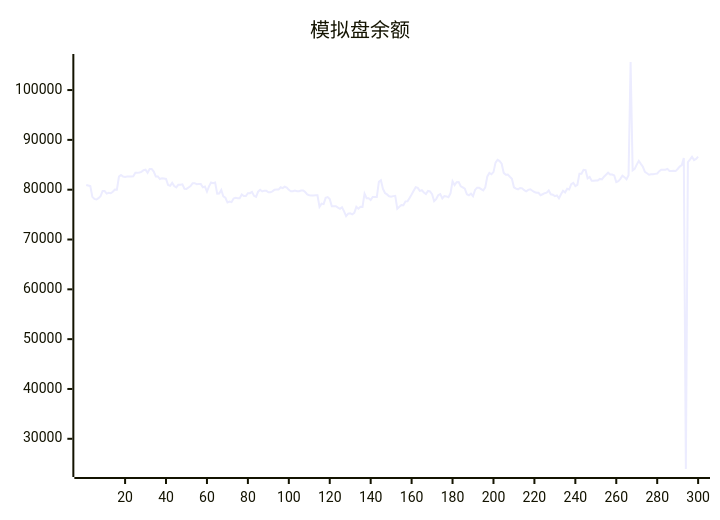
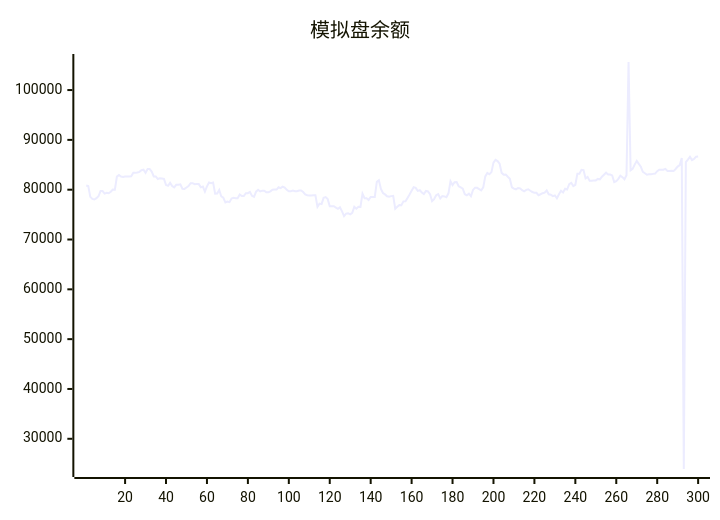
One commit to aahl/ai-trading changed the diagram in README.md. Above: the diagram before and after it, drawn with Mermaid. The commit also changed other lines of this file and 1 other file, not shown here.

````diff
--- a/README.md
+++ b/README.md
@@ -5,5 +5,5 @@
 ```mermaid
 xychart
     title "模拟盘余额"
-    line [80954,80837,80712,78561,78139,78037,78293,78682,79720,79720,79214,79372,79279,79591,80046,79993,82625,82950,82626,82571,82633,82670,82670,82681,83386,83378,83464,83579,83920,84037,83402,84160,84142,83652,82655,82655,82145,82315,82243,82163,80934,80770,81371,80742,80468,80989,80989,81067,80191,80155,80450,80737,81309,81309,81106,81119,81119,80471,80631,79624,80670,81448,81290,81429,79212,79222,79940,78643,78380,77432,77623,77504,78235,78358,78284,78277,79048,78714,78714,79290,79308,79567,78763,78563,79603,79988,79652,79813,79813,79476,79469,79673,79995,80015,80015,80486,80314,80600,80436,79966,79689,79689,79819,79692,79692,79850,79850,79518,79071,78889,78850,78850,78878,78878,76554,77202,77103,78357,78510,78106,76678,76677,76672,76411,76159,76485,75656,74695,75197,75246,75052,75334,76564,76179,76553,76551,79196,78300,78300,77944,78531,78531,78521,81564,81884,80160,79335,79055,78675,78580,78708,78764,76179,76586,76902,76876,77658,77669,78346,79023,79769,80497,80366,79761,79896,79448,79126,79749,79658,79097,77695,78114,78888,79126,78249,78738,78653,78478,79271,81680,80923,81488,81527,80681,80455,80190,79084,78879,79193,78686,79954,80403,80374,80118,79848,80491,82665,83351,83098,83525,85430,85983,85737,85221,83378,83014,83043,82613,82216,80477,80208,80081,80348,80277,79894,79670,79965,80093,79786,79542,79406,79371,78893,79087,79304,79406,79841,79072,78978,78696,78846,78272,79085,79787,79442,80198,80031,81120,81379,80718,80985,83214,83212,83993,83921,82270,82547,81776,81776,81866,81866,82158,82061,82596,83000,83408,83041,83050,82858,81503,81691,82188,82812,82517,82092,82901,105633,83898,84180,85030,85781,85178,84604,83569,83298,83008,83093,83107,83175,83228,83729,84025,84017,84019,84177,83775,83762,83785,83738,84160,84639,84939,86370,23934,85548,86046,86599,85942,86161,86622]
+    line [80837,80712,78561,78139,78037,78293,78682,79720,79720,79214,79372,79279,79591,80046,79993,82625,82950,82626,82571,82633,82670,82670,82681,83386,83378,83464,83579,83920,84037,83402,84160,84142,83652,82655,82655,82145,82315,82243,82163,80934,80770,81371,80742,80468,80989,80989,81067,80191,80155,80450,80737,81309,81309,81106,81119,81119,80471,80631,79624,80670,81448,81290,81429,79212,79222,79940,78643,78380,77432,77623,77504,78235,78358,78284,78277,79048,78714,78714,79290,79308,79567,78763,78563,79603,79988,79652,79813,79813,79476,79469,79673,79995,80015,80015,80486,80314,80600,80436,79966,79689,79689,79819,79692,79692,79850,79850,79518,79071,78889,78850,78850,78878,78878,76554,77202,77103,78357,78510,78106,76678,76677,76672,76411,76159,76485,75656,74695,75197,75246,75052,75334,76564,76179,76553,76551,79196,78300,78300,77944,78531,78531,78521,81564,81884,80160,79335,79055,78675,78580,78708,78764,76179,76586,76902,76876,77658,77669,78346,79023,79769,80497,80366,79761,79896,79448,79126,79749,79658,79097,77695,78114,78888,79126,78249,78738,78653,78478,79271,81680,80923,81488,81527,80681,80455,80190,79084,78879,79193,78686,79954,80403,80374,80118,79848,80491,82665,83351,83098,83525,85430,85983,85737,85221,83378,83014,83043,82613,82216,80477,80208,80081,80348,80277,79894,79670,79965,80093,79786,79542,79406,79371,78893,79087,79304,79406,79841,79072,78978,78696,78846,78272,79085,79787,79442,80198,80031,81120,81379,80718,80985,83214,83212,83993,83921,82270,82547,81776,81776,81866,81866,82158,82061,82596,83000,83408,83041,83050,82858,81503,81691,82188,82812,82517,82092,82901,105633,83898,84180,85030,85781,85178,84604,83569,83298,83008,83093,83107,83175,83228,83729,84025,84017,84019,84177,83775,83762,83785,83738,84160,84639,84939,86370,23934,85548,86046,86599,85942,86161,86622,86664]
 ```
````
